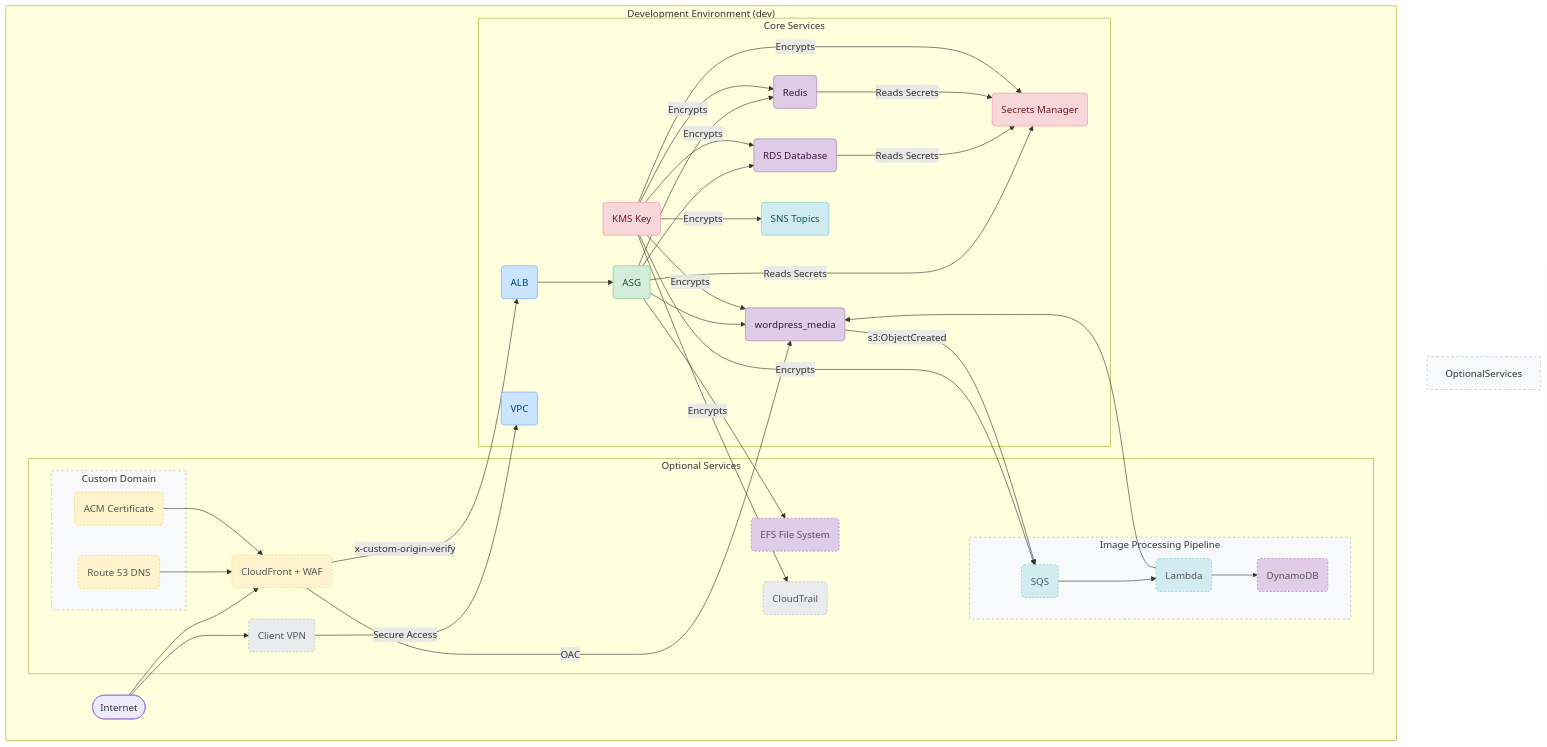
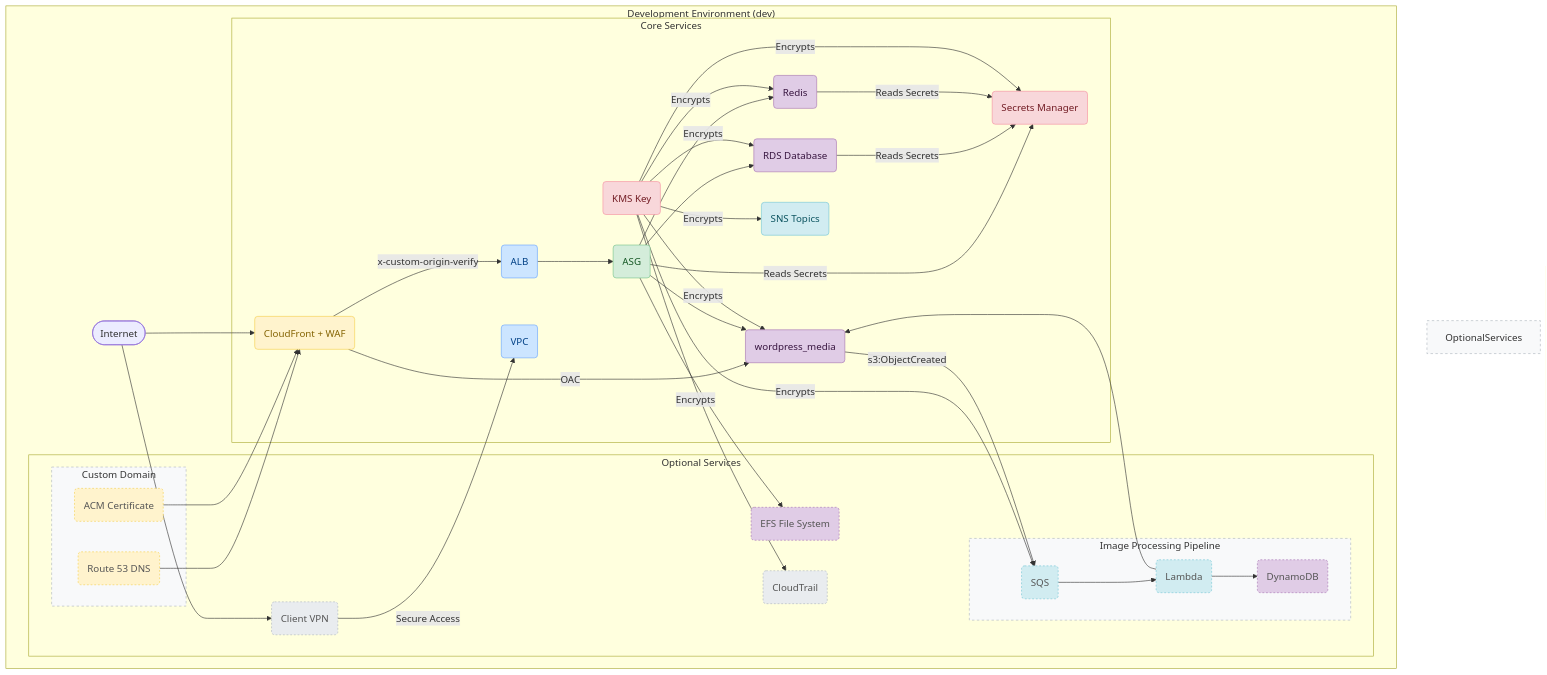
Before and after one commit to hetmanskyi-cloud/AWS: the diagram in terraform/environments/dev/README.md, drawn with Mermaid. The commit also changed other lines of this file and 7 other files, not shown here.

````diff
--- a/terraform/environments/dev/README.md
+++ b/terraform/environments/dev/README.md
@@ -49,11 +59,11 @@
             KMS(KMS Key)
             SecretsManager(Secrets Manager)
             SNS(SNS Topics)
+            CloudFront(CloudFront + WAF)
         end
 
         subgraph "Optional Services"
             style OptionalServices fill:#f8f9fa,stroke:#adb5bd,stroke-dasharray: 4 4
-            CloudFront(CloudFront + WAF)
             ClientVPN(Client VPN)
             EFS(EFS File System)
             CloudTrail(CloudTrail)
@@ -127,5 +137,5 @@
     class Lambda,SQS,SNS integration
     class ClientVPN,CloudTrail access
 
-    class CloudFront,ClientVPN,EFS,CloudTrail,Lambda,SQS,DynamoDB,ACM,Route53 optional
+    class ClientVPN,EFS,CloudTrail,Lambda,SQS,DynamoDB,ACM,Route53 optional
 ```
````
